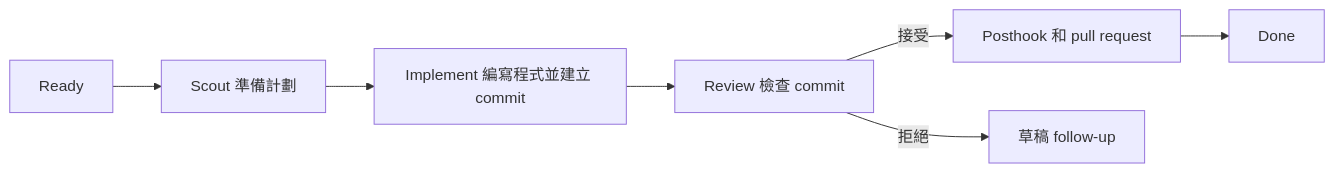
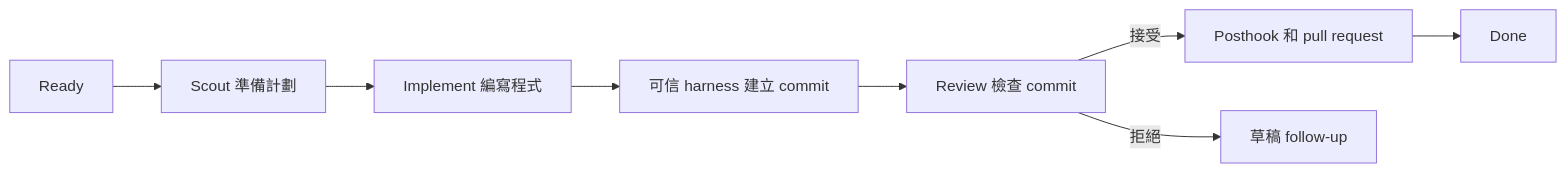
Before and after one commit to devos-ing/Roc: the second of 2 diagrams in README.zh-HK.md, drawn with Mermaid. The commit also changed other lines of this file and 42 other files, not shown here.

````diff
--- a/README.zh-HK.md
+++ b/README.zh-HK.md
@@ -111,9 +342,10 @@
 ```mermaid
 flowchart LR
     B[Ready] --> S[Scout 準備計劃]
-    S --> I[Implement 編寫程式並建立 commit]
-    I --> R[Review 檢查 commit]
+    S --> I[Implement 編寫程式]
+    I --> C[可信 harness 建立 commit]
+    C --> R[Review 檢查 commit]
     R -->|接受| P[Posthook 和 pull request]
     P --> D[Done]
     R -->|拒絕| F[草稿 follow-up]
 ```
````
